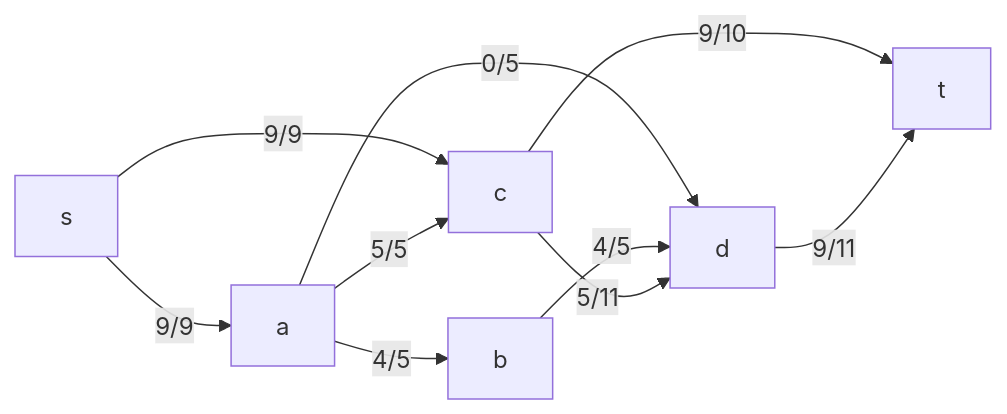
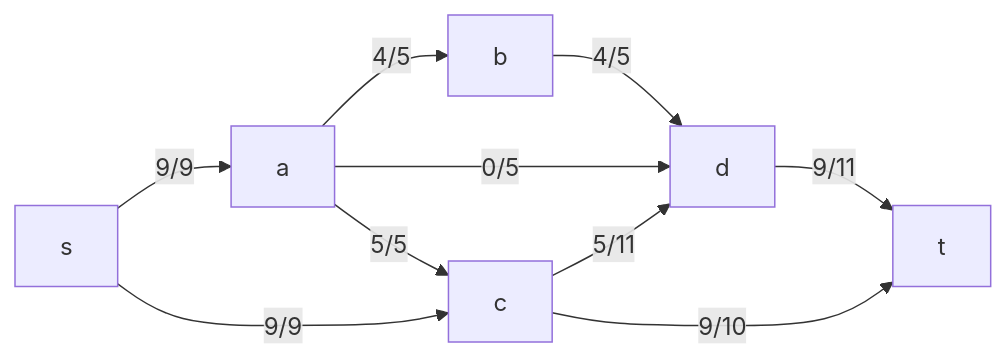
One commit to hse-algo-24-crow/manual-tasks-crow changed the sixth of 12 diagrams in task-10/goidaz.md. Above: the diagram before and after it, drawn with Mermaid. The commit also changed other lines of this file, not shown here.

````diff
--- a/task-10/goidaz.md
+++ b/task-10/goidaz.md
@@ -170,12 +136,12 @@
 ```mermaid
 graph LR
     s-->|9/9|a
     s-->|9/9|c
-    a-->|5/5|c
     a-->|4/5|b
     a-->|0/5|d
+    a-->|5/5|c
+    c-->|5/11|d
     b-->|4/5|d
-    c-->|5/11|d
+    d-->|9/11|t
     c-->|9/10|t
-    d-->|9/11|t
 ```
````
